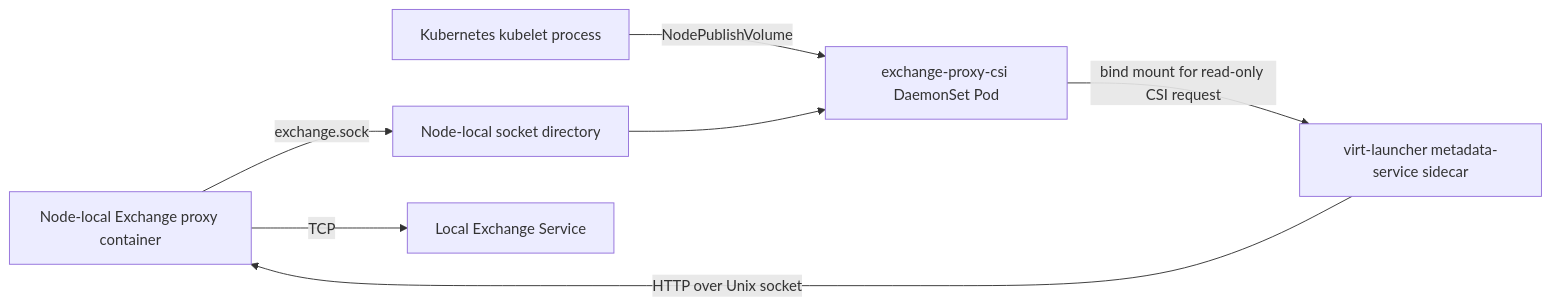
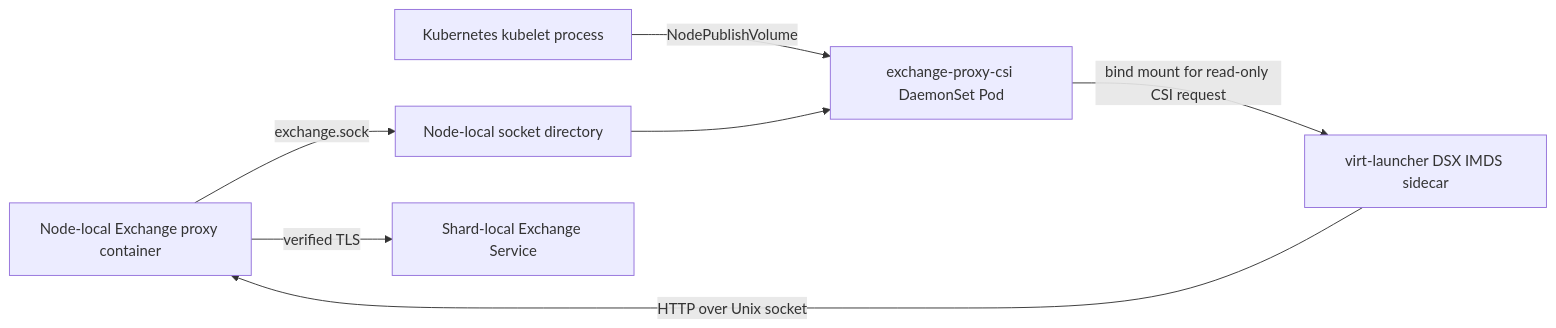
One commit to dsx-ai-factory/nvidia-workload-identity changed the diagram in cmd/exchange-proxy-csi/README.md. Above: the diagram before and after it, drawn with Mermaid. The commit also changed other lines of this file and 93 other files, not shown here.

````diff
--- a/cmd/exchange-proxy-csi/README.md
+++ b/cmd/exchange-proxy-csi/README.md
@@ -7,9 +7,9 @@
 ```mermaid
 flowchart LR
     Proxy["Node-local Exchange proxy container"] -->|"exchange.sock"| SocketDir["Node-local socket directory"]
     Kubelet["Kubernetes kubelet process"] -->|"NodePublishVolume"| Driver["exchange-proxy-csi DaemonSet Pod"]
-    Driver -->|"bind mount for read-only CSI request"| Consumer["virt-launcher metadata-service sidecar"]
+    Driver -->|"bind mount for read-only CSI request"| Consumer["virt-launcher DSX IMDS sidecar"]
     SocketDir --> Driver
     Consumer -->|"HTTP over Unix socket"| Proxy
-    Proxy -->|"TCP"| Exchange["Local Exchange Service"]
+    Proxy -->|"verified TLS"| Exchange["Shard-local Exchange Service"]
 ```
````
